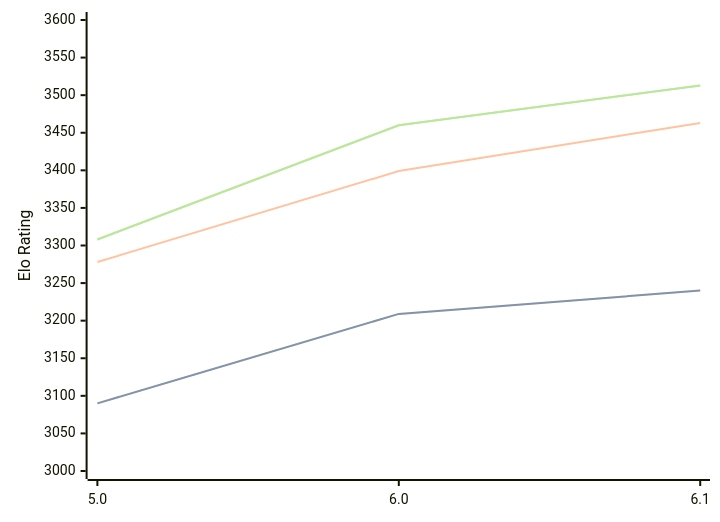
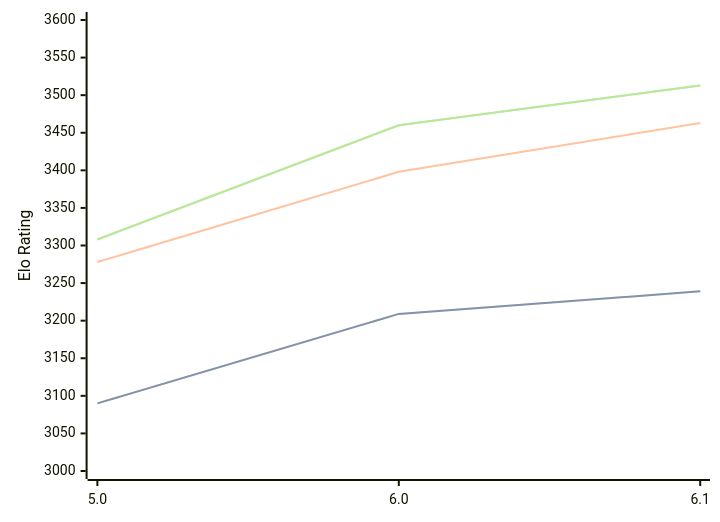
Before and after one commit to computer-chess-index/cci: the diagram in engines/PZChessBot.md, drawn with Mermaid. The commit also changed other lines of this file, not shown here.

Commit message:
Update CCI Ratings (ELO VLTC) - 2026-03-09

````diff
--- a/engines/PZChessBot.md
+++ b/engines/PZChessBot.md
@@ -40,11 +40,11 @@
 ```mermaid
 %%{init: {"theme":"base","themeVariables":{"seriesColors:['#a3a3a3','#222221','#faa371']}}}%%
 xychart-beta
   x-axis ["5.0", "6.0", "6.1"]
   y-axis "Elo Rating" 3000 --> 3600
-  line "STC (8.0+0.08s)" [3090, 3209, 3240]
-  line "STC (8.0+0.08s)" [3090, 3209, 3240]
-  line "LTC (60.0+0.60s)" [3278, 3399, 3463]
+  line "STC (8.0+0.08s)" [3090, 3209, 3239]
+  line "STC (8.0+0.08s)" [3090, 3209, 3239]
+  line "LTC (60.0+0.60s)" [3278, 3398, 3463]
   line "VLTC (2m24s+1.12s)" [3308, 3460, 3513]
   line "VLTC (2m24s+1.12s)" [3308, 3460, 3513]
 ```
````
